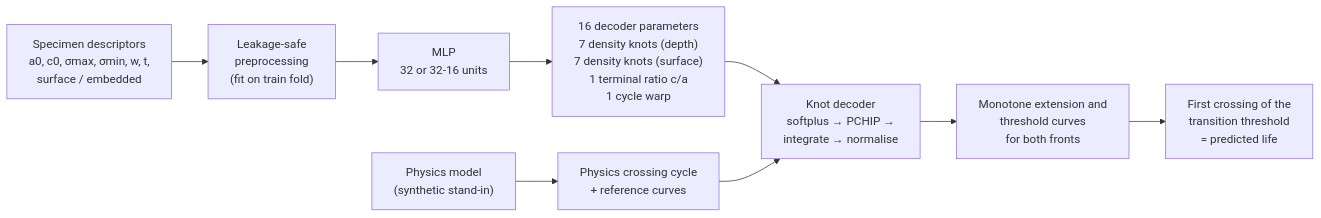
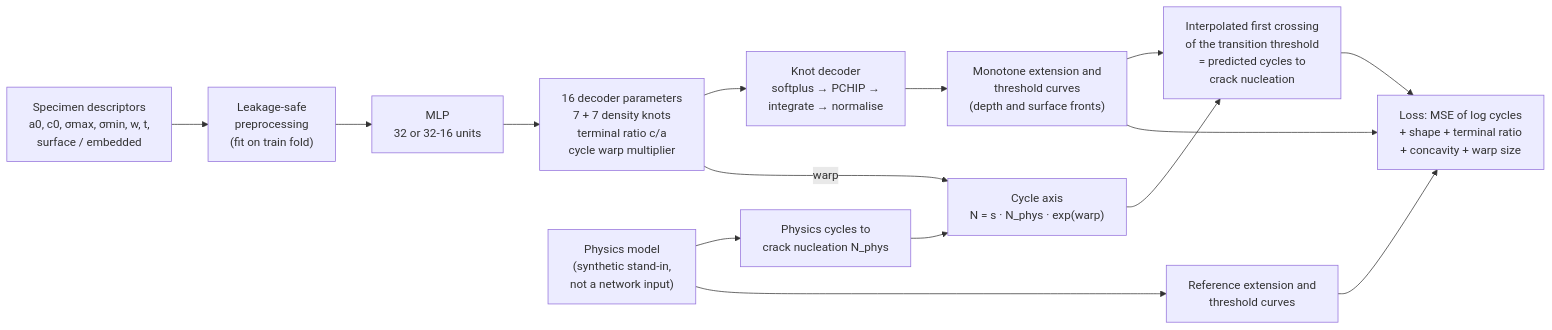
One commit to kivanho/physics-informed-crack-growth changed the diagram in README.md. Above: the diagram before and after it, drawn with Mermaid. The commit also changed other lines of this file and 13 other files, not shown here.

First line of the commit message:
Consistent crossing, reference-aware concavity penalty, README overhaul

````diff
--- a/README.md
+++ b/README.md
@@ -32,11 +27,17 @@
 ```mermaid
 flowchart LR
     F["Specimen descriptors<br/>a0, c0, σmax, σmin, w, t,<br/>surface / embedded"] --> P["Leakage-safe<br/>preprocessing<br/>(fit on train fold)"]
     P --> NN["MLP<br/>32 or 32-16 units"]
-    NN --> H["16 decoder parameters<br/>7 density knots (depth)<br/>7 density knots (surface)<br/>1 terminal ratio c/a<br/>1 cycle warp"]
+    NN --> H["16 decoder parameters<br/>7 + 7 density knots<br/>terminal ratio c/a<br/>cycle warp multiplier"]
     H --> D["Knot decoder<br/>softplus → PCHIP →<br/>integrate → normalise"]
-    D --> C["Monotone extension and<br/>threshold curves<br/>for both fronts"]
-    PM["Physics model<br/>(synthetic stand-in)"] --> A["Physics crossing cycle<br/>+ reference curves"]
-    A --> D
-    C --> X["First crossing of the<br/>transition threshold<br/>= predicted life"]
+    D --> C["Monotone extension and<br/>threshold curves<br/>(depth and surface fronts)"]
+    PM["Physics model<br/>(synthetic stand-in,<br/>not a network input)"] --> T["Physics cycles to<br/>crack nucleation N_phys"]
+    T --> S["Cycle axis<br/>N = s · N_phys · exp(warp)"]
+    H -- "warp" --> S
+    C --> X["Interpolated first crossing<br/>of the transition threshold<br/>= predicted cycles to<br/>crack nucleation"]
+    S --> X
+    PM --> R["Reference extension and<br/>threshold curves"]
+    X --> L["Loss: MSE of log cycles<br/>+ shape + terminal ratio<br/>+ concavity + warp size"]
+    C --> L
+    R --> L
 ```
````
